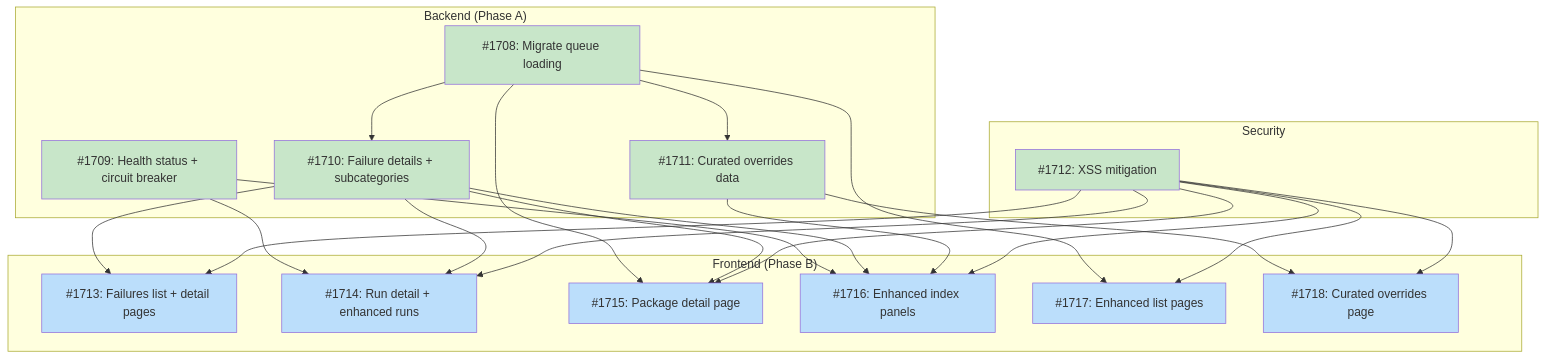
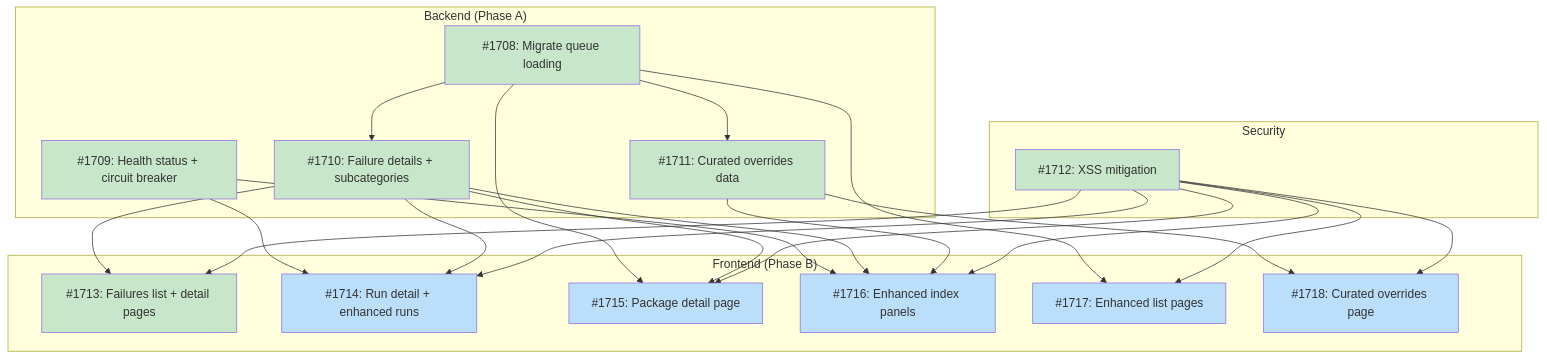
One commit to tsukumogami/tsuku changed the first of 3 diagrams in docs/designs/DESIGN-dashboard-observability.md. Above: the diagram before and after it, drawn with Mermaid. The commit also changed other lines of this file, not shown here.

Commit message:
docs: mark #1713 done in design doc
Update dashboard-observability design doc: strikethrough #1713 in issues
table, mark I1713 done in dependency diagram. No downstream unblocks
(#1713 is a leaf node).

````diff
--- a/docs/designs/DESIGN-dashboard-observability.md
+++ b/docs/designs/DESIGN-dashboard-observability.md
@@ -67,49 +67,49 @@
 ```mermaid
 graph TD
     subgraph Backend["Backend (Phase A)"]
         I1708["#1708: Migrate queue loading"]
         I1709["#1709: Health status + circuit breaker"]
         I1710["#1710: Failure details + subcategories"]
         I1711["#1711: Curated overrides data"]
     end
 
     subgraph Security["Security"]
         I1712["#1712: XSS mitigation"]
     end
 
     subgraph Frontend["Frontend (Phase B)"]
         I1713["#1713: Failures list + detail pages"]
         I1714["#1714: Run detail + enhanced runs"]
         I1715["#1715: Package detail page"]
         I1716["#1716: Enhanced index panels"]
         I1717["#1717: Enhanced list pages"]
         I1718["#1718: Curated overrides page"]
     end
 
     I1708 --> I1710
     I1708 --> I1711
     I1708 --> I1715
     I1708 --> I1717
     I1710 --> I1713
     I1712 --> I1713
     I1709 --> I1714
     I1710 --> I1714
     I1712 --> I1714
     I1710 --> I1715
     I1712 --> I1715
     I1709 --> I1716
     I1710 --> I1716
     I1711 --> I1716
     I1712 --> I1716
     I1712 --> I1717
     I1711 --> I1718
     I1712 --> I1718
 
     classDef done fill:#c8e6c9
     classDef ready fill:#bbdefb
     classDef blocked fill:#fff9c4
     classDef needsDesign fill:#e1bee7
 
-    class I1708,I1709,I1710,I1711,I1712 done
-    class I1713,I1714,I1715,I1716,I1717,I1718 ready
+    class I1708,I1709,I1710,I1711,I1712,I1713 done
+    class I1714,I1715,I1716,I1717,I1718 ready
 ```
````
